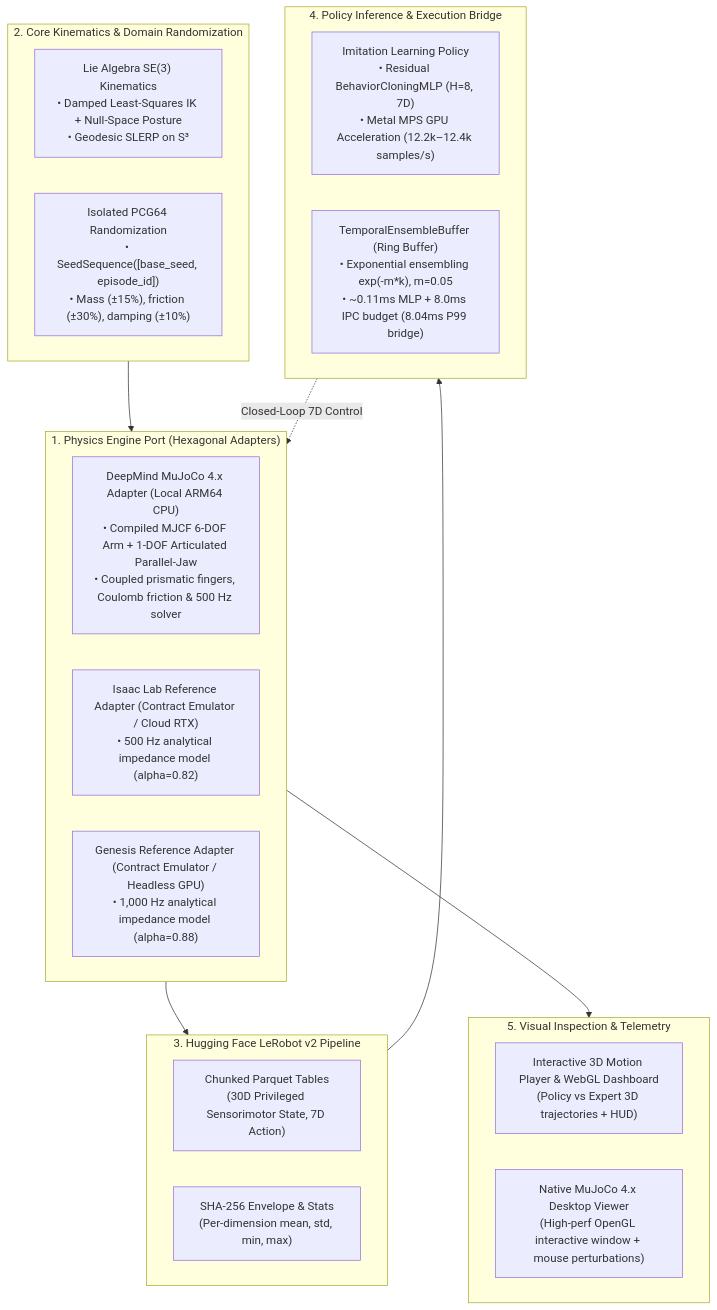
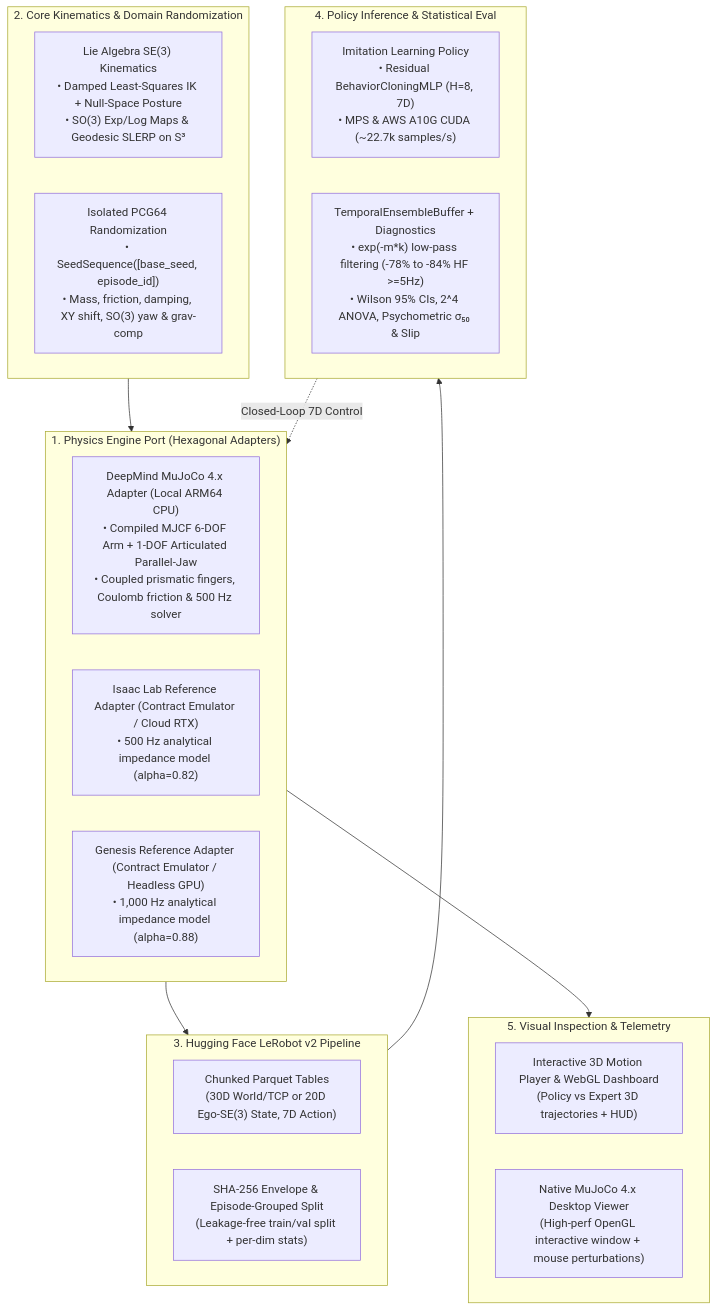
Before and after one commit to LeanoA/sim2real-data-engine: the diagram in ARTICLE_DRAFT.md, drawn with Mermaid. The commit also changed other lines of this file, not shown here.

Commit message:
docs(article): update ARTICLE_DRAFT with Modules 1-4 benchmarks and AWS A10G runs

````diff
--- a/ARTICLE_DRAFT.md
+++ b/ARTICLE_DRAFT.md
@@ -37,34 +37,34 @@
 ```mermaid
 flowchart TB
     subgraph Simulators["1. Physics Engine Port (Hexagonal Adapters)"]
         M["DeepMind MuJoCo 4.x Adapter (Local ARM64 CPU)<br/>• Compiled MJCF 6-DOF Arm + 1-DOF Articulated Parallel-Jaw<br/>• Coupled prismatic fingers, Coulomb friction & 500 Hz solver"]
         I["Isaac Lab Reference Adapter (Contract Emulator / Cloud RTX)<br/>• 500 Hz analytical impedance model (alpha=0.82)"]
         G["Genesis Reference Adapter (Contract Emulator / Headless GPU)<br/>• 1,000 Hz analytical impedance model (alpha=0.88)"]
     end
 
     subgraph Core["2. Core Kinematics & Domain Randomization"]
-        K["Lie Algebra SE(3) Kinematics<br/>• Damped Least-Squares IK + Null-Space Posture<br/>• Geodesic SLERP on S³"]
-        DR["Isolated PCG64 Randomization<br/>• SeedSequence([base_seed, episode_id])<br/>• Mass (±15%), friction (±30%), damping (±10%)"]
+        K["Lie Algebra SE(3) Kinematics<br/>• Damped Least-Squares IK + Null-Space Posture<br/>• SO(3) Exp/Log Maps & Geodesic SLERP on S³"]
+        DR["Isolated PCG64 Randomization<br/>• SeedSequence([base_seed, episode_id])<br/>• Mass, friction, damping, XY shift, SO(3) yaw & grav-comp"]
     end
 
     subgraph Export["3. Hugging Face LeRobot v2 Pipeline"]
-        P["Chunked Parquet Tables<br/>(30D Privileged Sensorimotor State, 7D Action)"]
-        S["SHA-256 Envelope & Stats<br/>(Per-dimension mean, std, min, max)"]
+        P["Chunked Parquet Tables<br/>(30D World/TCP or 20D Ego-SE(3) State, 7D Action)"]
+        S["SHA-256 Envelope & Episode-Grouped Split<br/>(Leakage-free train/val split + per-dim stats)"]
     end
 
-    subgraph PolicyBridge["4. Policy Inference & Execution Bridge"]
-        ACT["Imitation Learning Policy<br/>• Residual BehaviorCloningMLP (H=8, 7D)<br/>• Metal MPS GPU Acceleration (12.2k–12.4k samples/s)"]
-        BUF["TemporalEnsembleBuffer (Ring Buffer)<br/>• Exponential ensembling exp(-m*k), m=0.05<br/>• ~0.11ms MLP + 8.0ms IPC budget (8.04ms P99 bridge)"]
+    subgraph PolicyBridge["4. Policy Inference & Statistical Eval"]
+        ACT["Imitation Learning Policy<br/>• Residual BehaviorCloningMLP (H=8, 7D)<br/>• MPS & AWS A10G CUDA (~22.7k samples/s)"]
+        BUF["TemporalEnsembleBuffer + Diagnostics<br/>• exp(-m*k) low-pass filtering (-78% to -84% HF >=5Hz)<br/>• Wilson 95% CIs, 2^4 ANOVA, Psychometric σ₅₀ & Slip"]
     end
 
     subgraph Vis["5. Visual Inspection & Telemetry"]
         PLT["Interactive 3D Motion Player & WebGL Dashboard<br/>(Policy vs Expert 3D trajectories + HUD)"]
         GUI["Native MuJoCo 4.x Desktop Viewer<br/>(High-perf OpenGL interactive window + mouse perturbations)"]
     end
 
     Core --> Simulators
     Simulators --> Export
     Export --> PolicyBridge
     PolicyBridge -.->|"Closed-Loop 7D Control"| Simulators
     Simulators --> Vis
 ```
````
